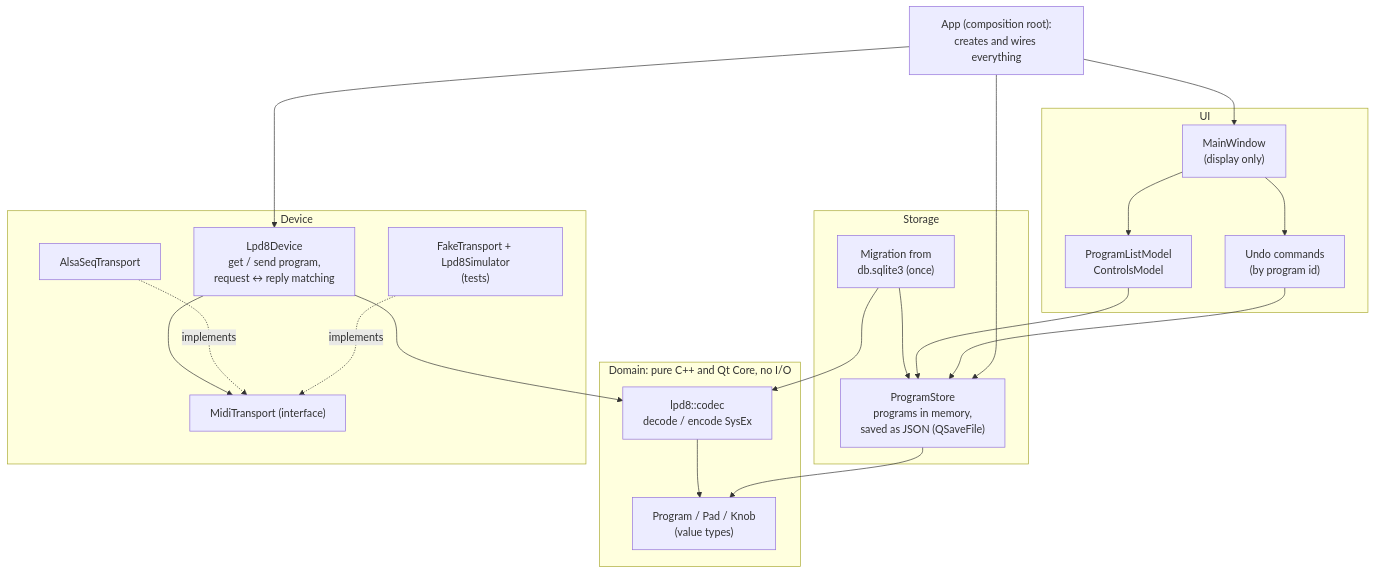
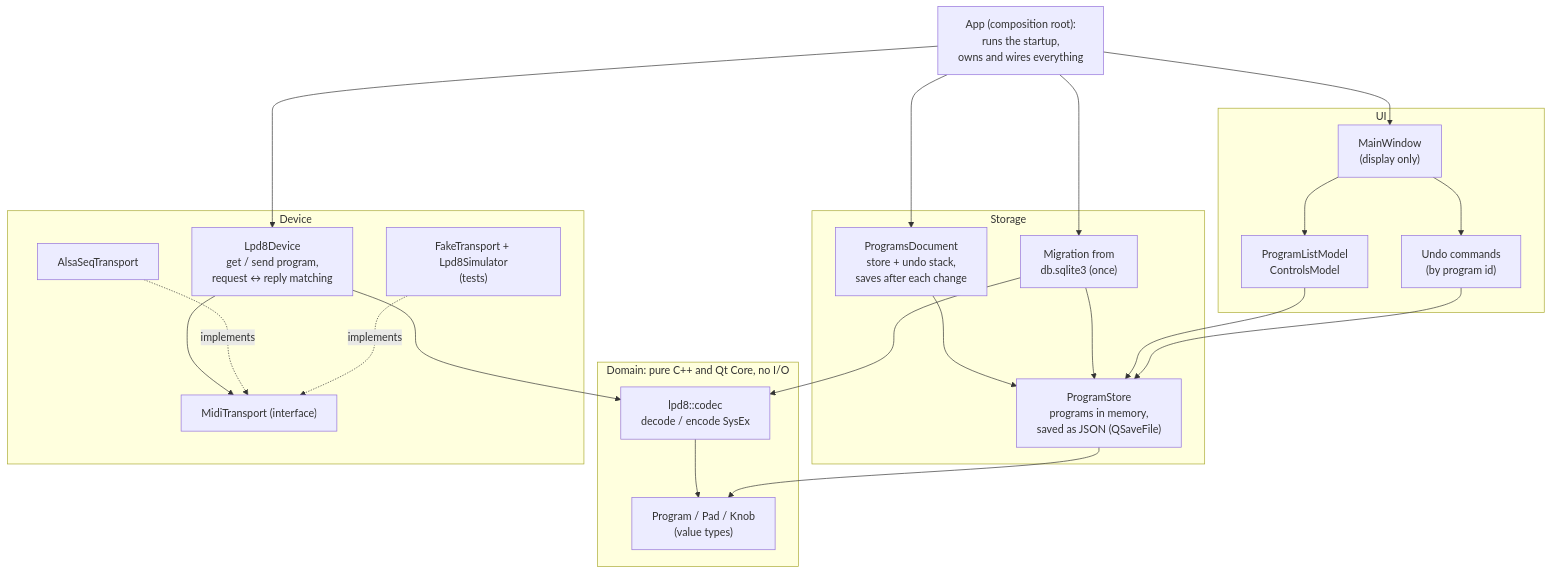
The diagram in doc/ARCHITECTURE.md (charlesfleche/lpd8editor), drawn with Mermaid before and after one commit. The commit also changed other lines of this file and 11 other files, not shown here.

First line of the commit message:
4.11c: App owns the device, and makes the final save itself

````diff
--- a/doc/ARCHITECTURE.md
+++ b/doc/ARCHITECTURE.md
@@ -30,43 +10,46 @@
 ```mermaid
 flowchart TB
     subgraph Domain ["Domain: pure C++ and Qt Core, no I/O"]
         Program["Program / Pad / Knob<br/>(value types)"]
         Codec["lpd8::codec<br/>decode / encode SysEx"]
     end
 
     subgraph Storage
         Store["ProgramStore<br/>programs in memory,<br/>saved as JSON (QSaveFile)"]
+        Document["ProgramsDocument<br/>store + undo stack,<br/>saves after each change"]
         Migration["Migration from<br/>db.sqlite3 (once)"]
     end
 
     subgraph Device
         Transport["MidiTransport (interface)"]
         Alsa["AlsaSeqTransport"]
         Fake["FakeTransport + Lpd8Simulator<br/>(tests)"]
         Lpd8["Lpd8Device<br/>get / send program,<br/>request ↔ reply matching"]
     end
 
     subgraph UI
         Models["ProgramListModel<br/>ControlsModel"]
         Commands["Undo commands<br/>(by program id)"]
         Window["MainWindow<br/>(display only)"]
     end
 
-    App["App (composition root):<br/>creates and wires everything"]
+    App["App (composition root):<br/>runs the startup,<br/>owns and wires everything"]
 
     Codec --> Program
     Store --> Program
+    Document --> Store
     Migration --> Store
     Migration --> Codec
     Lpd8 --> Codec
     Lpd8 --> Transport
     Alsa -.implements.-> Transport
     Fake -.implements.-> Transport
     Models --> Store
     Commands --> Store
     Window --> Models
     Window --> Commands
-    App --> Store
+    App --> Document
+    App --> Migration
     App --> Lpd8
     App --> Window
 ```
````
